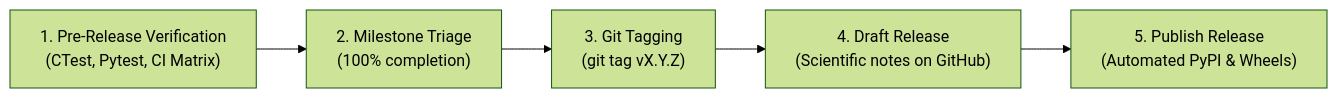
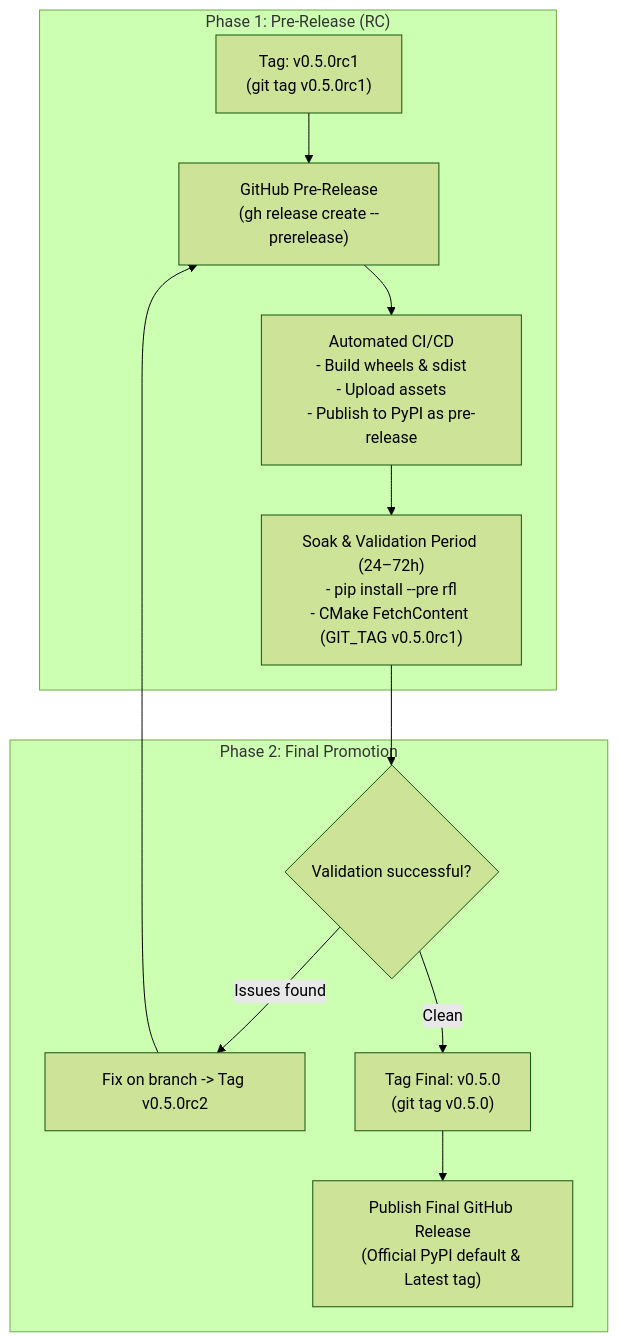
Before and after one commit to pauldruce/RFL: the diagram in docs/Release_Process.md, drawn with Mermaid (forest theme). The commit also changed other lines of this file, not shown here.

Commit message:
docs: add comprehensive Release Candidate lifecycle and ecosystem behavior to Release_Process.md

````diff
--- a/docs/Release_Process.md
+++ b/docs/Release_Process.md
@@ -24,7 +26,16 @@
 ```mermaid
-flowchart LR
-    A["1. Pre-Release Verification\n(CTest, Pytest, CI Matrix)"] --> B["2. Milestone Triage\n(100% completion)"]
-    B --> C["3. Git Tagging\n(git tag vX.Y.Z)"]
-    C --> D["4. Draft Release\n(Scientific notes on GitHub)"]
-    D --> E["5. Publish Release\n(Automated PyPI & Wheels)"]
+flowchart TD
+    subgraph "Phase 1: Pre-Release (RC)"
+        A["Tag: v0.5.0rc1\n(git tag v0.5.0rc1)"] --> B["GitHub Pre-Release\n(gh release create --prerelease)"]
+        B --> C["Automated CI/CD\n- Build wheels & sdist\n- Upload assets\n- Publish to PyPI as pre-release"]
+        C --> D["Soak & Validation Period (24–72h)\n- pip install --pre rfl\n- CMake FetchContent (GIT_TAG v0.5.0rc1)"]
+    end
+
+    subgraph "Phase 2: Final Promotion"
+        D --> E{"Validation successful?"}
+        E -- Issues found --> F["Fix on branch -> Tag v0.5.0rc2"]
+        F --> B
+        E -- Clean --> G["Tag Final: v0.5.0\n(git tag v0.5.0)"]
+        G --> H["Publish Final GitHub Release\n(Official PyPI default & Latest tag)"]
+    end
 ```
````
